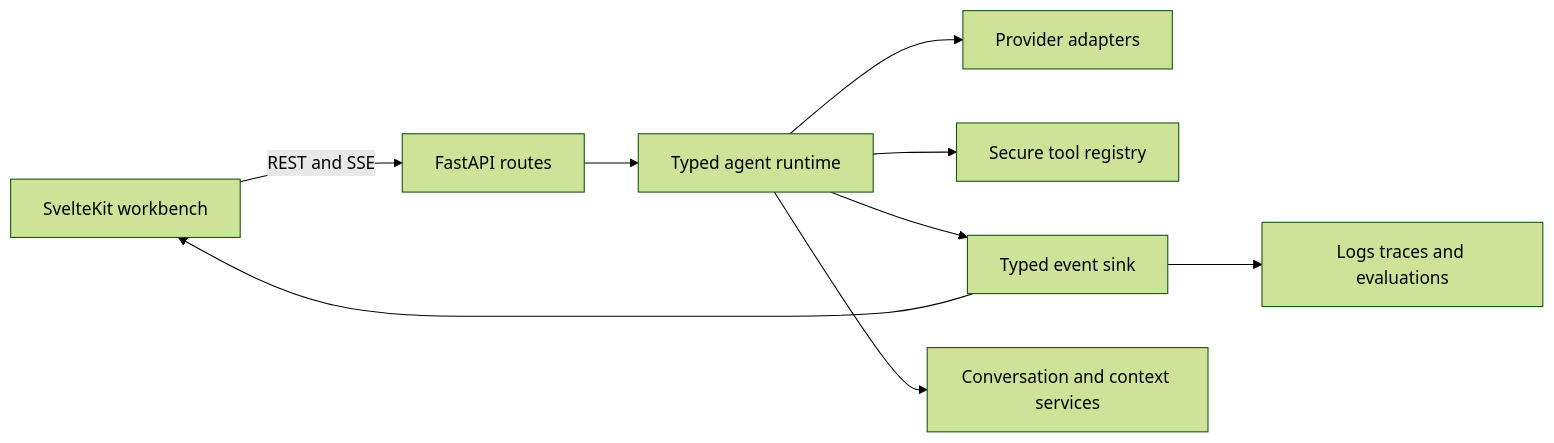
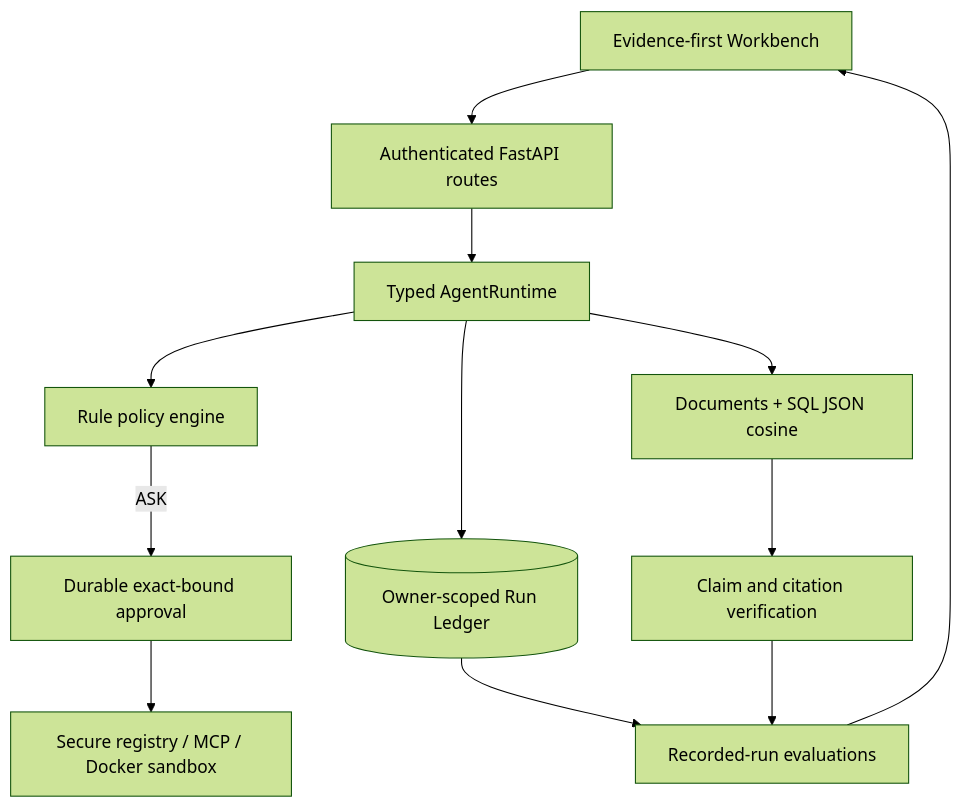
Before and after one commit to levalencia/archon: the second of 2 diagrams in README.md, drawn with Mermaid (forest theme). The commit also changed other lines of this file and 9 other files, not shown here.

````diff
--- a/README.md
+++ b/README.md
@@ -80,11 +112,14 @@
 ```mermaid
-flowchart LR
-    UI[SvelteKit workbench] -->|REST and SSE| API[FastAPI routes]
-    API --> RT[Typed agent runtime]
-    RT --> MODEL[Provider adapters]
-    RT --> TOOLS[Secure tool registry]
-    RT --> EVENTS[Typed event sink]
-    RT --> MEMORY[Conversation and context services]
-    EVENTS --> UI
-    EVENTS --> OBS[Logs traces and evaluations]
+flowchart TD
+    UI[Evidence-first Workbench] --> API[Authenticated FastAPI routes]
+    API --> Runtime[Typed AgentRuntime]
+    Runtime --> Policy[Rule policy engine]
+    Policy -->|ASK| Approval[Durable exact-bound approval]
+    Approval --> Tools[Secure registry / MCP / Docker sandbox]
+    Runtime --> Ledger[(Owner-scoped Run Ledger)]
+    Runtime --> Evidence[Documents + SQL JSON cosine]
+    Evidence --> Grounding[Claim and citation verification]
+    Ledger --> Eval[Recorded-run evaluations]
+    Grounding --> Eval
+    Eval --> UI
 ```
````
